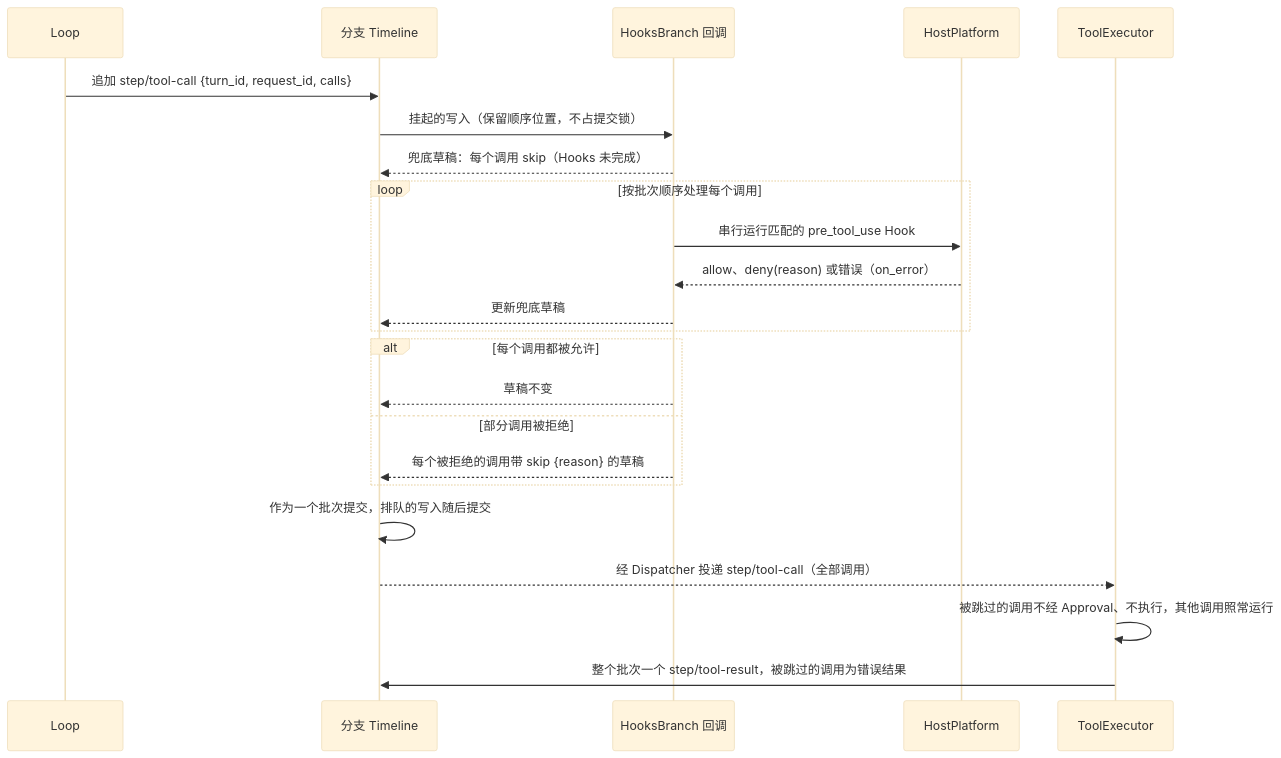
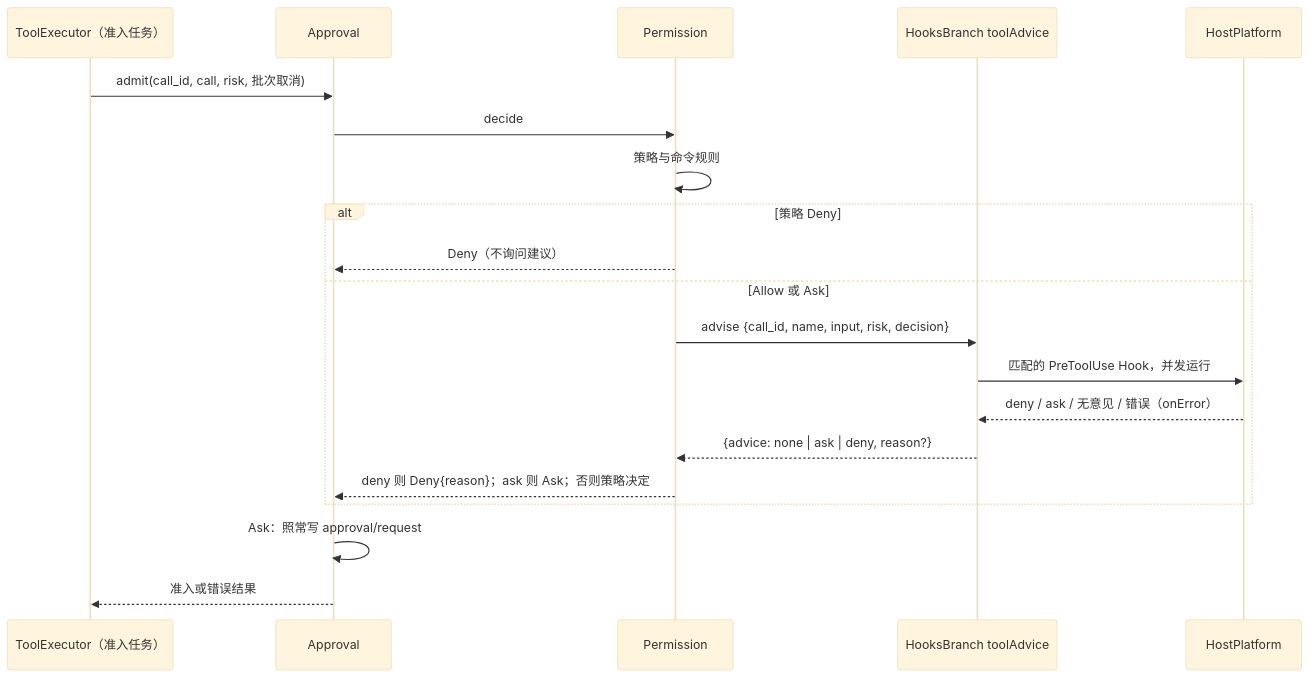
Before and after one commit to CoutinhoTTS/dim-agent: the third of 6 diagrams in docs/zh/design/plugins/Hooks.md, drawn with Mermaid (base theme). The commit also changed other lines of this file, not shown here.

Commit message:
docs: add Chinese mirror of the Hooks design (#143)

````diff
--- a/docs/zh/design/plugins/Hooks.md
+++ b/docs/zh/design/plugins/Hooks.md
@@ -74,25 +88,22 @@
 ```mermaid
 sequenceDiagram
-  participant LP as Loop
-  participant TL as 分支 Timeline
-  participant HB as HooksBranch 回调
+  participant TE as ToolExecutor（准入任务）
+  participant AP as Approval
+  participant PM as Permission
+  participant HB as HooksBranch toolAdvice
   participant HP as HostPlatform
-  participant TE as ToolExecutor
-  LP->>TL: 追加 step/tool-call {turn_id, request_id, calls}
-  TL->>HB: 挂起的写入（保留顺序位置，不占提交锁）
-  HB-->>TL: 兜底草稿：每个调用 skip（Hooks 未完成）
-  loop 按批次顺序处理每个调用
-    HB->>HP: 串行运行匹配的 pre_tool_use Hook
-    HP-->>HB: allow、deny(reason) 或错误（on_error）
-    HB-->>TL: 更新兜底草稿
+  TE->>AP: admit(call_id, call, risk, 批次取消)
+  AP->>PM: decide
+  PM->>PM: 策略与命令规则
+  alt 策略 Deny
+    PM-->>AP: Deny（不询问建议）
+  else Allow 或 Ask
+    PM->>HB: advise {call_id, name, input, risk, decision}
+    HB->>HP: 匹配的 PreToolUse Hook，并发运行
+    HP-->>HB: deny / ask / 无意见 / 错误（onError）
+    HB-->>PM: {advice: none | ask | deny, reason?}
+    PM-->>AP: deny 则 Deny{reason}；ask 则 Ask；否则策略决定
   end
-  alt 每个调用都被允许
-    HB-->>TL: 草稿不变
-  else 部分调用被拒绝
-    HB-->>TL: 每个被拒绝的调用带 skip {reason} 的草稿
-  end
-  TL->>TL: 作为一个批次提交，排队的写入随后提交
-  TL-->>TE: 经 Dispatcher 投递 step/tool-call（全部调用）
-  TE->>TE: 被跳过的调用不经 Approval、不执行，其他调用照常运行
-  TE->>TL: 整个批次一个 step/tool-result，被跳过的调用为错误结果
+  AP->>AP: Ask：照常写 approval/request
+  AP-->>TE: 准入或错误结果
 ```
````
